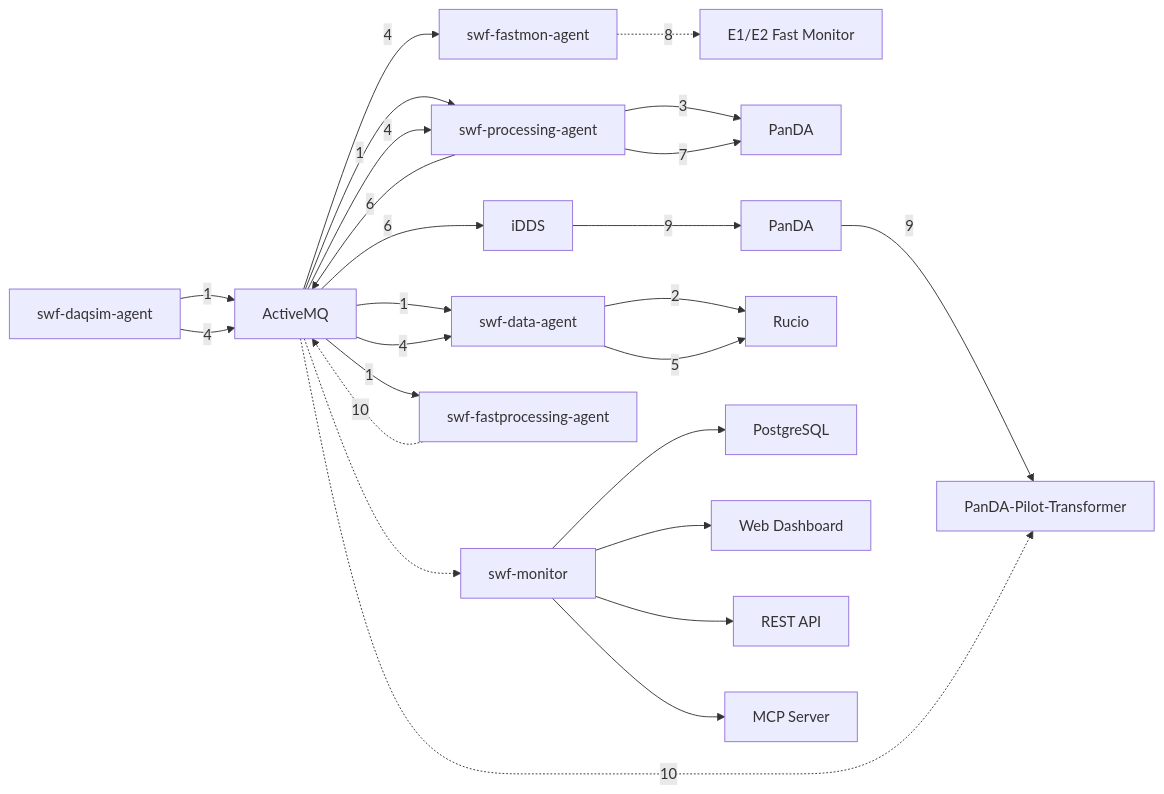
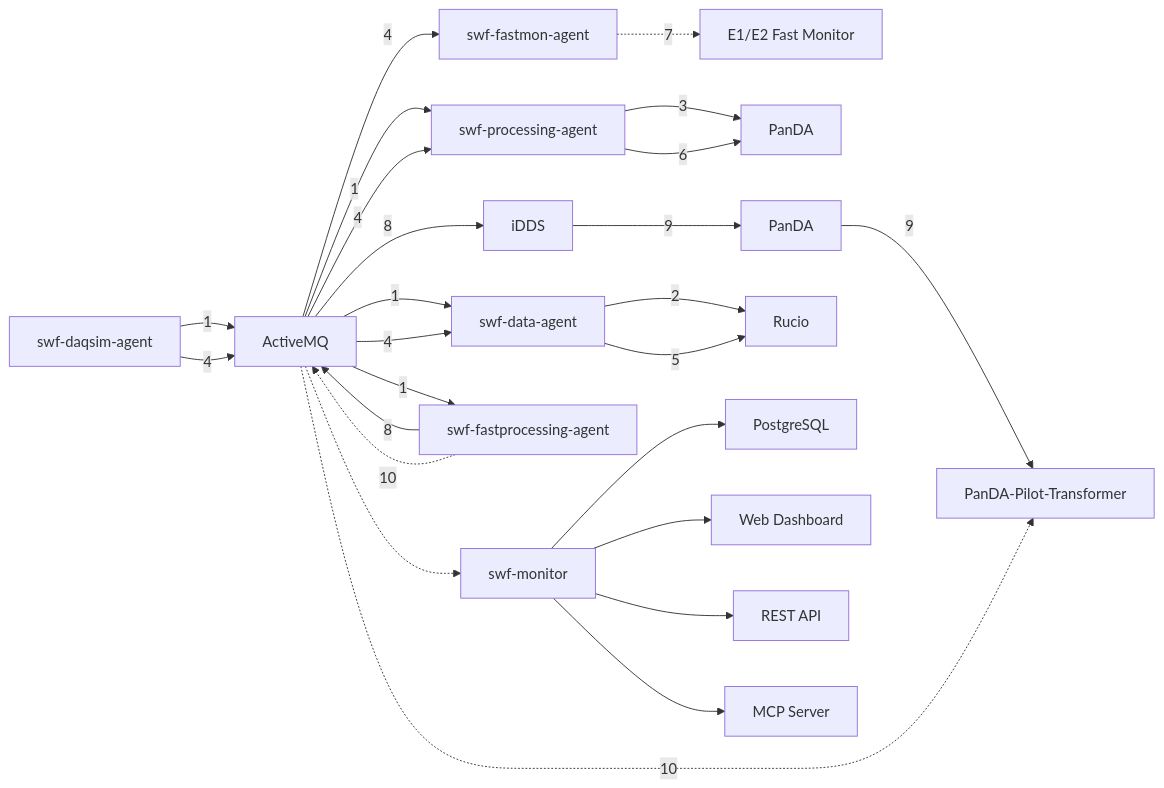
One commit to wguanicedew/documents changed the second of 3 diagrams in swf-testbed/architecture.md. Above: the diagram before and after it, drawn with Mermaid.

Commit message:
Update architecture diagram connections

````diff
--- a/swf-testbed/architecture.md
+++ b/swf-testbed/architecture.md
@@ -55,49 +55,49 @@
 ```mermaid
 graph LR
     DAQ[E1/E2 Fast Monitor]
     PanDA[PanDA]
     PanDA1[PanDA]
     iDDS[iDDS]
     Pilot[PanDA-Pilot-Transformer]
     Rucio[Rucio]
     ActiveMQ[ActiveMQ]
     PostgreSQL[PostgreSQL]
     DAQSim[swf-daqsim-agent]
     DataAgent[swf-data-agent]
     ProcAgent[swf-processing-agent]
     FastMon[swf-fastmon-agent]
     FastProc[swf-fastprocessing-agent]
     Monitor[swf-monitor]
     WebUI[Web Dashboard]
     RestAPI[REST API]
     MCP[MCP Server]
 
     DAQSim -->|1| ActiveMQ
     ActiveMQ -->|1| DataAgent
     ActiveMQ -->|1| ProcAgent
     ActiveMQ -->|1| FastProc
     DataAgent -->|2| Rucio
     ProcAgent -->|3| PanDA
 
     DAQSim -->|4| ActiveMQ
     ActiveMQ -->|4| DataAgent
     ActiveMQ -->|4| ProcAgent
     ActiveMQ -->|4| FastMon
 
     DataAgent -->|5| Rucio
-    ProcAgent -->|6| ActiveMQ
-    ActiveMQ -->|6| iDDS
-    ProcAgent -->|7| PanDA
-    FastMon -.->|8| DAQ
+    ProcAgent -->|6| PanDA
+    FastMon -.->|7| DAQ
 
     ActiveMQ -.-> Monitor
     Monitor --> PostgreSQL
     Monitor --> WebUI
     Monitor --> RestAPI
     Monitor --> MCP
 
+    FastProc -->|8| ActiveMQ
+    ActiveMQ -->|8| iDDS
     iDDS -->|9| PanDA1
     PanDA1 -->|9| Pilot
     FastProc -.->|10| ActiveMQ
     ActiveMQ -.->|10| Pilot
 ```
````
